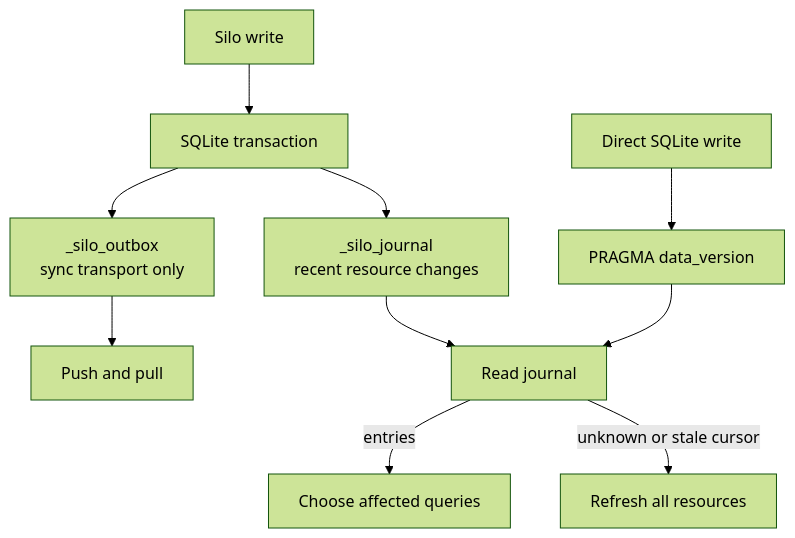
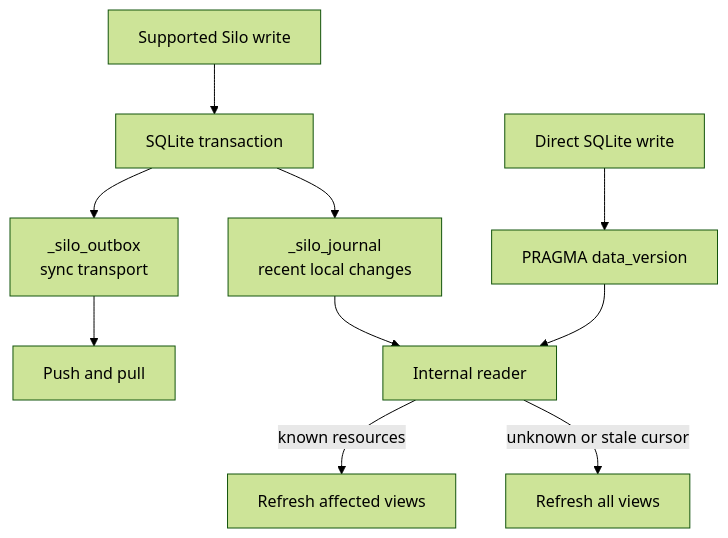
The diagram in docs/concepts/mutation-journal.md (silo-ai/silo), drawn with Mermaid (forest theme) before and after one commit. The commit also changed other lines of this file and 51 other files, not shown here.

````diff
--- a/docs/concepts/mutation-journal.md
+++ b/docs/concepts/mutation-journal.md
@@ -43,12 +14,12 @@
 ```mermaid
 flowchart TB
-  supported["Silo write"] --> transaction["SQLite transaction"]
-  transaction --> journal["_silo_journal\nrecent resource changes"]
-  transaction --> outbox["_silo_outbox\nsync transport only"]
+  write["Supported Silo write"] --> transaction["SQLite transaction"]
+  transaction --> journal["_silo_journal\nrecent local changes"]
+  transaction --> outbox["_silo_outbox\nsync transport"]
   outbox --> sync["Push and pull"]
-  external["Direct SQLite write"] --> version["PRAGMA data_version"]
-  journal --> reader["Read journal"]
+  direct["Direct SQLite write"] --> version["PRAGMA data_version"]
+  journal --> reader["Internal reader"]
   version --> reader
-  reader -->|"entries"| mapping["Choose affected queries"]
-  reader -->|"unknown or stale cursor"| refresh["Refresh all resources"]
+  reader -->|"known resources"| refresh["Refresh affected views"]
+  reader -->|"unknown or stale cursor"| full["Refresh all views"]
 ```
````
